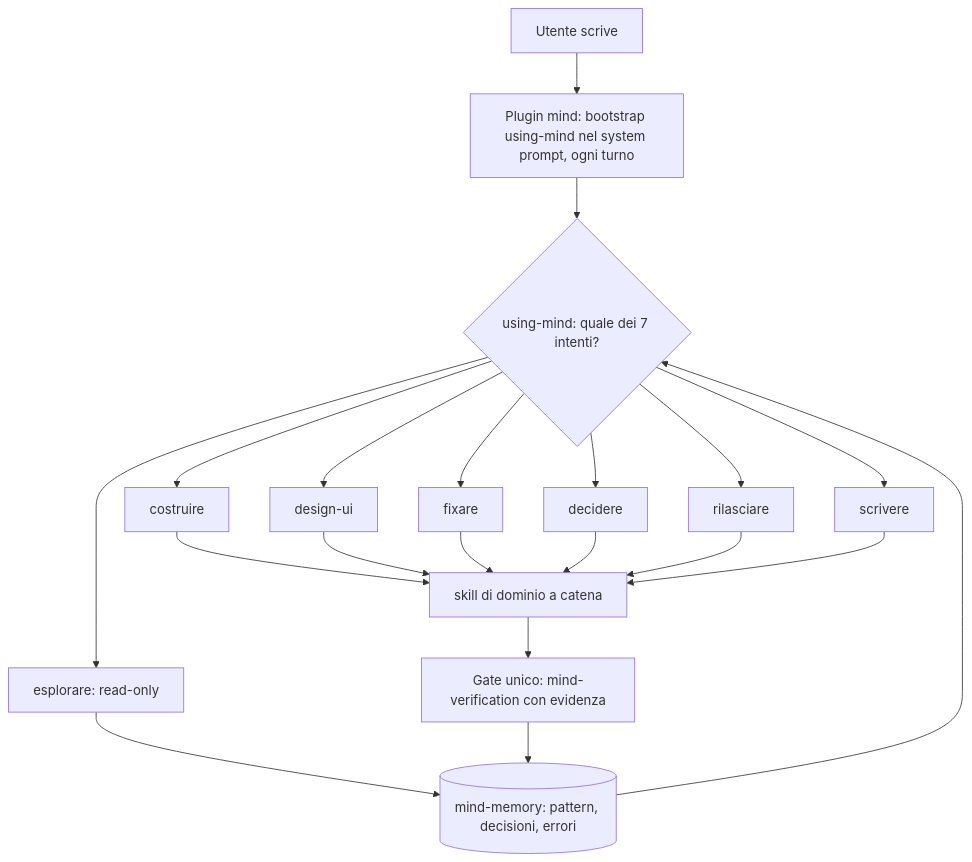
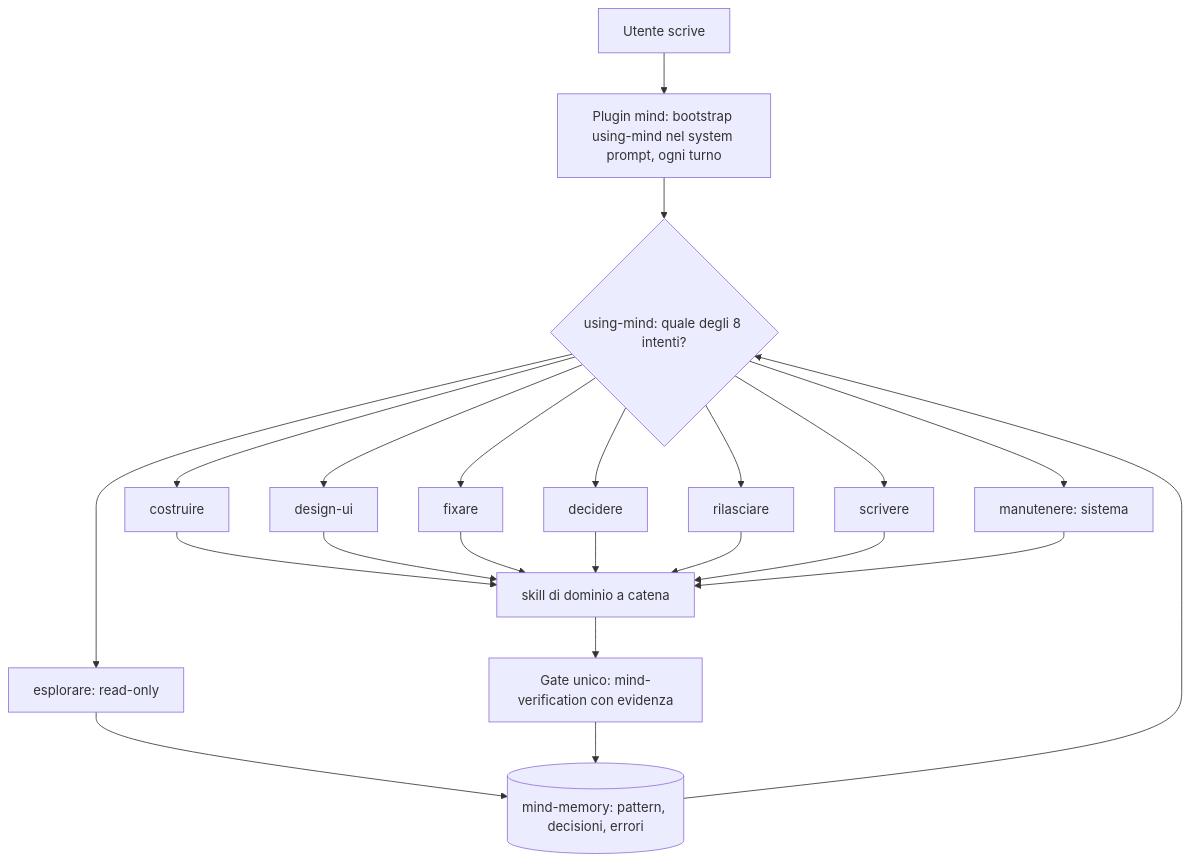
Before and after one commit to Kyriga-CGX/mind-system: the first of 6 diagrams in README.md, drawn with Mermaid. The commit also changed other lines of this file and 3 other files, not shown here.

First line of the commit message:
feat(orchestrazione): nuova rotta manutenere + skill mind-system-sync

````diff
--- a/README.md
+++ b/README.md
@@ -18,15 +18,16 @@
 ```mermaid
 flowchart TD
     U[Utente scrive] --> P[Plugin mind: bootstrap using-mind nel system prompt, ogni turno]
-    P --> O{using-mind: quale dei 7 intenti?}
+    P --> O{using-mind: quale degli 8 intenti?}
     O --> C[costruire] --> I[skill di dominio a catena]
     O --> D[design-ui] --> I
     O --> F[fixare] --> I
     O --> E[esplorare: read-only] --> M
     O --> S[decidere] --> I
     O --> R[rilasciare] --> I
     O --> W[scrivere] --> I
+    O --> N[manutenere: sistema] --> I
     I --> G[Gate unico: mind-verification con evidenza]
     G --> M[(mind-memory: pattern, decisioni, errori)]
     M --> O
 ```
````
